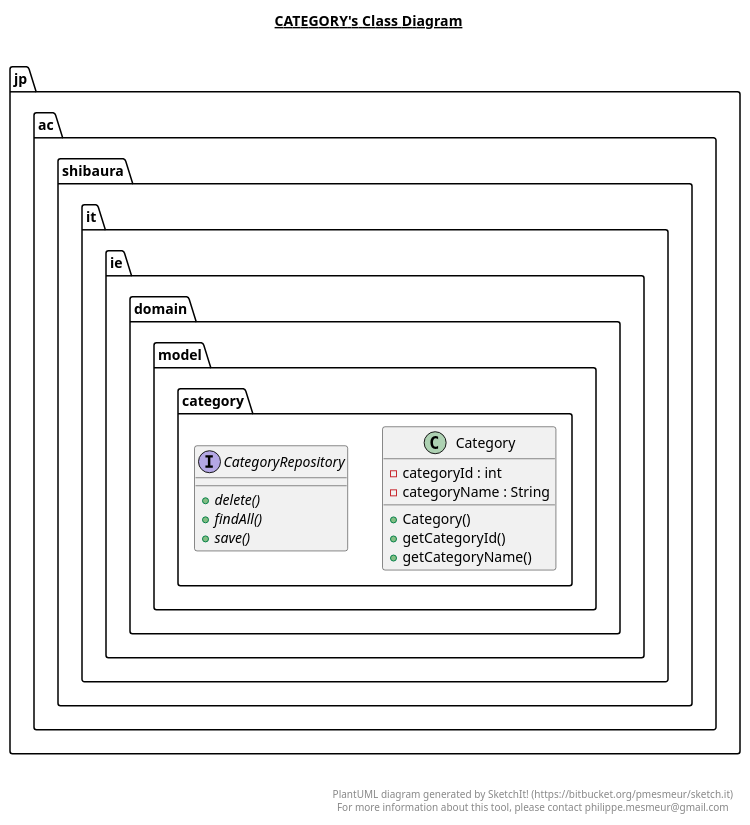
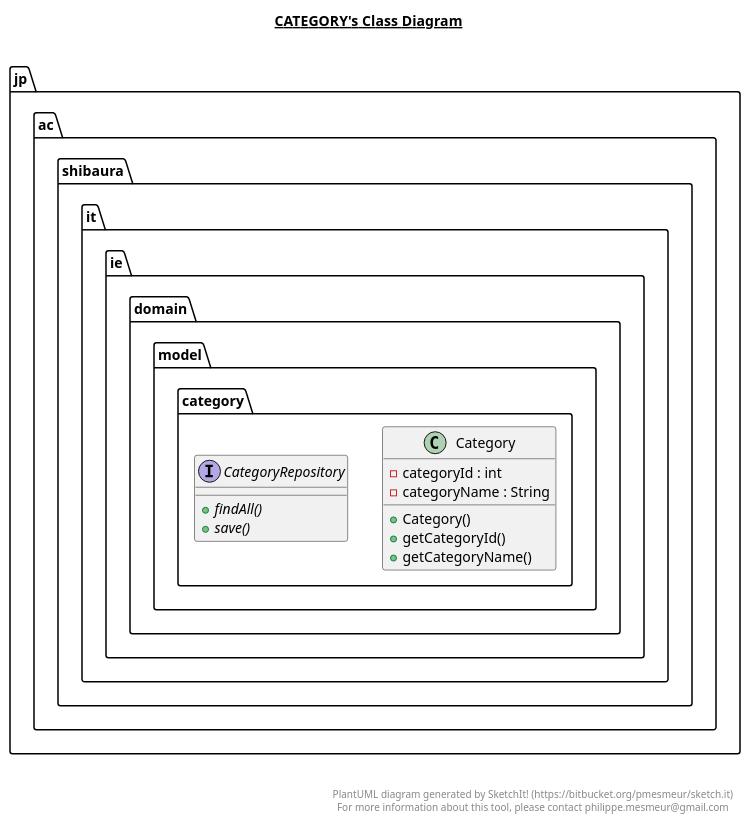
The diagram in target/classes/jp/ac/shibaura/it/ie/domain/model/category/category.plantuml (THEToilet/chatLobbyServer), drawn with PlantUML before and after one commit. The commit also changed 74 other files, not shown here.

```diff
--- a/target/classes/jp/ac/shibaura/it/ie/domain/model/category/category.plantuml
+++ b/target/classes/jp/ac/shibaura/it/ie/domain/model/category/category.plantuml
@@ -1,38 +1,37 @@
 @startuml
 
 title __CATEGORY's Class Diagram__\n
 
   namespace jp.ac.shibaura.it.ie {
     namespace domain.model.category {
       class jp.ac.shibaura.it.ie.domain.model.category.Category {
           - categoryId : int
           - categoryName : String
           + Category()
           + getCategoryId()
           + getCategoryName()
       }
     }
   }
   
 
   namespace jp.ac.shibaura.it.ie {
     namespace domain.model.category {
       interface jp.ac.shibaura.it.ie.domain.model.category.CategoryRepository {
-          {abstract} + delete()
           {abstract} + findAll()
           {abstract} + save()
       }
     }
   }
   
 
 
 
 right footer
 
 
 PlantUML diagram generated by SketchIt! (https://bitbucket.org/pmesmeur/sketch.it)
 For more information about this tool, please contact philippe.mesmeur@gmail.com
 endfooter
 
 @enduml
```
